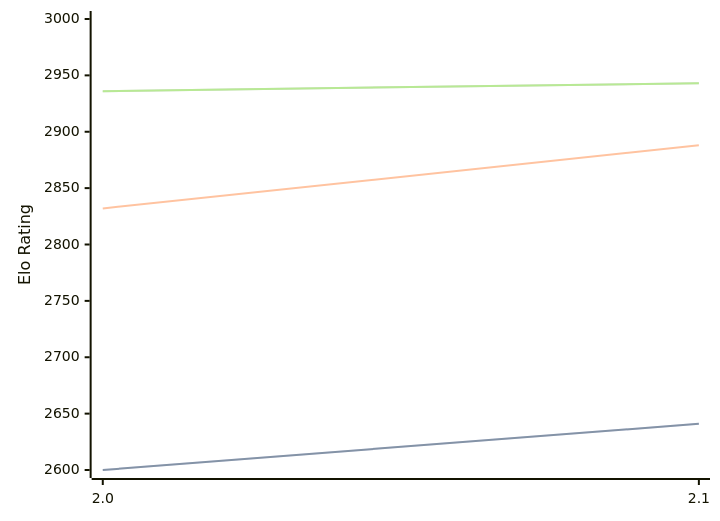
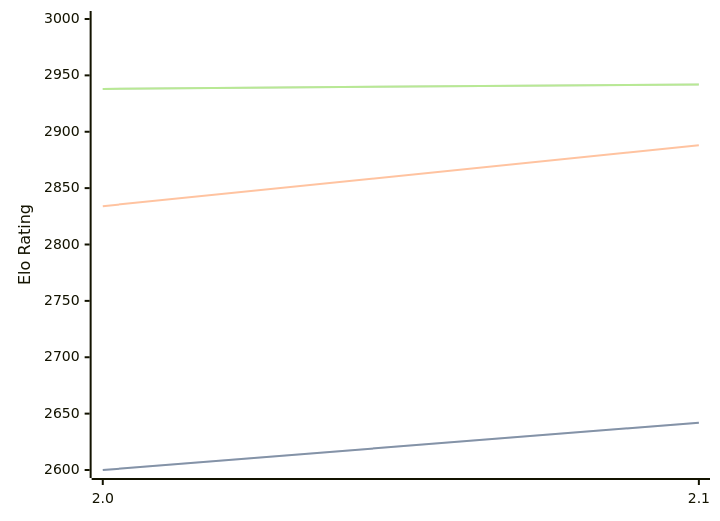
Before and after one commit to computer-chess-index/cci: the diagram in engines/Noggin.md, drawn with Mermaid. The commit also changed other lines of this file, not shown here.

Commit message:
Update CCI Ratings (ELO VLTC) - 2026-09-16

````diff
--- a/engines/Noggin.md
+++ b/engines/Noggin.md
@@ -33,11 +33,11 @@
 ```mermaid
 %%{init: {"theme":"base","themeVariables":{"seriesColors:['#a3a3a3','#222221','#faa371']}}}%%
 xychart-beta
   x-axis ["2.0", "2.1"]
   y-axis "Elo Rating" 2600 --> 3000
-  line "" [2600, 2641]
-  line "STC (8.0+0.08s)" [2600, 2641]
-  line "LTC (60.0+0.60s)" [2832, 2888]
-  line "" [2936, 2943]
-  line "VLTC (2m24s+1.12s)" [2936, 2943]
+  line "" [2600, 2642]
+  line "STC (8.0+0.08s)" [2600, 2642]
+  line "LTC (60.0+0.60s)" [2834, 2888]
+  line "" [2938, 2942]
+  line "VLTC (2m24s+1.12s)" [2938, 2942]
 ```
````
